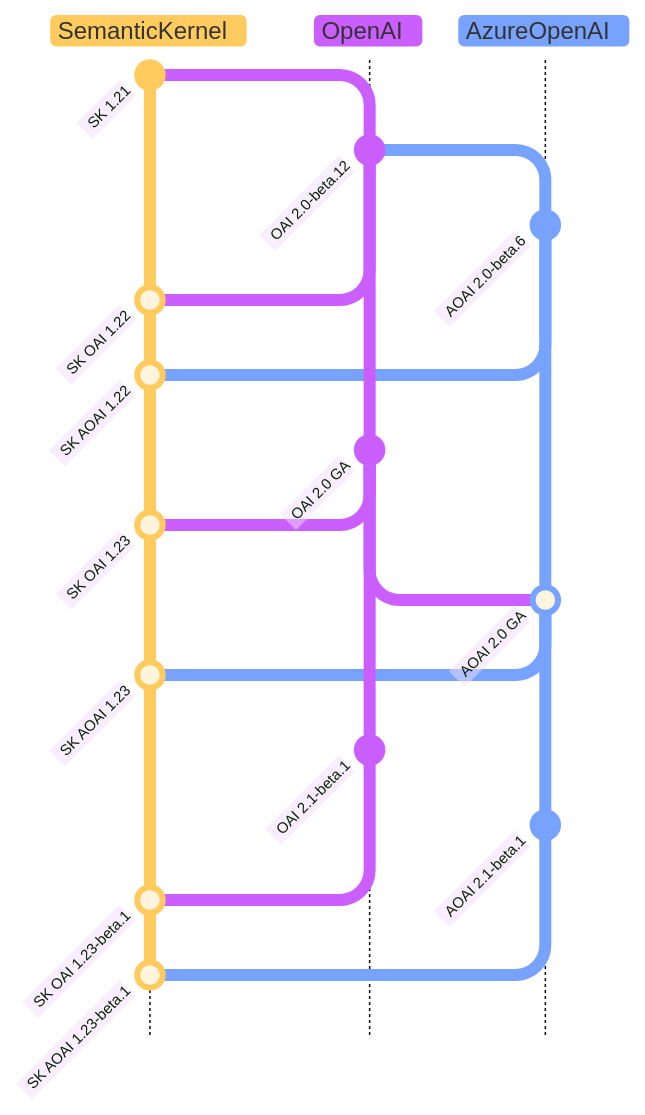
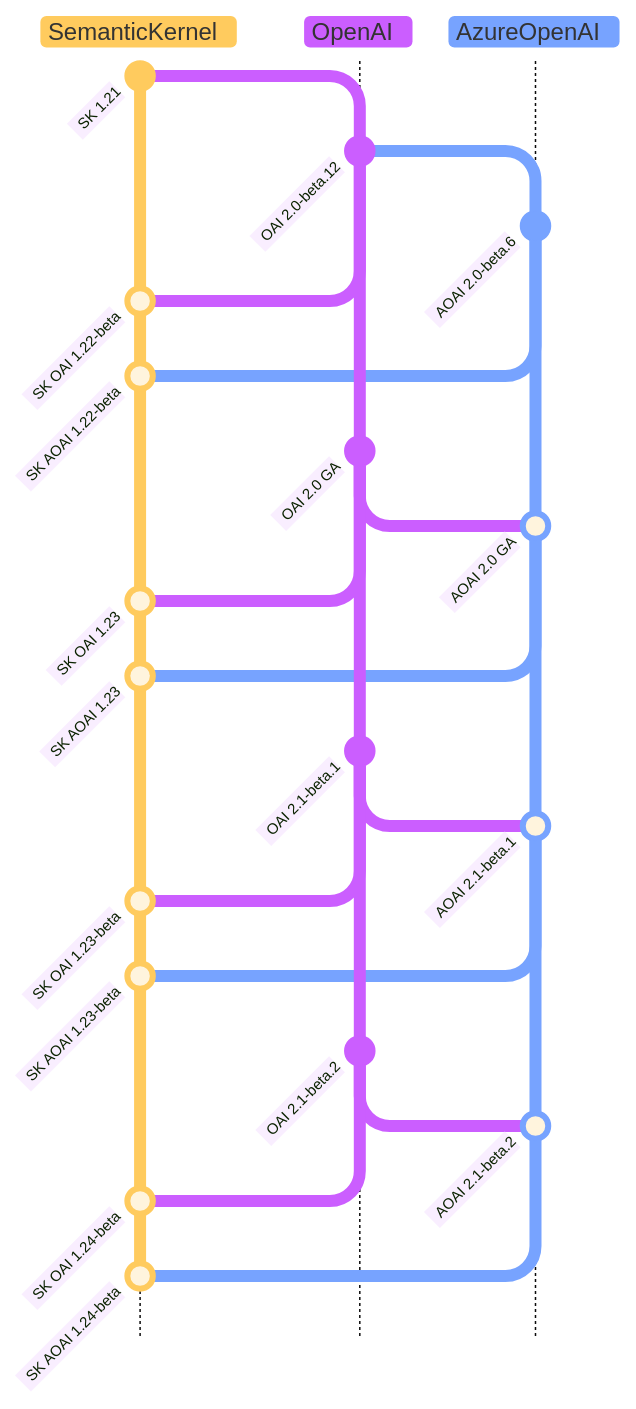
The second of 3 diagrams in docs/decisions/0055-dotnet-azureopenai-stable-version-strategy.md (microsoft/semantic-kernel), drawn with Mermaid before and after one commit. The commit also changed other lines of this file, not shown here.

````diff
--- a/docs/decisions/0055-dotnet-azureopenai-stable-version-strategy.md
+++ b/docs/decisions/0055-dotnet-azureopenai-stable-version-strategy.md
@@ -88,28 +92,35 @@
 ```mermaid
 %%{init: { 'logLevel': 'debug', 'theme': 'base', 'gitGraph': {'showBranches': true, 'showCommitLabel':true,'mainBranchName': 'SemanticKernel'}} }%%
       gitGraph TB:
         checkout SemanticKernel
         commit id:"SK 1.21"
         branch OpenAI
         commit id:"OAI 2.0-beta.12"
         branch AzureOpenAI
         commit id:"AOAI 2.0-beta.6"
         checkout SemanticKernel
-        merge OpenAI id:"SK OAI 1.22"
-        merge AzureOpenAI id:"SK AOAI 1.22"
+        merge OpenAI id:"SK OAI 1.22-beta"
+        merge AzureOpenAI id:"SK AOAI 1.22-beta"
         checkout OpenAI
         commit id:"OAI 2.0 GA"
-        checkout SemanticKernel
-        merge OpenAI id:"SK OAI 1.23"
         checkout AzureOpenAI
         merge OpenAI id:"AOAI 2.0 GA"
         checkout SemanticKernel
+        merge OpenAI id:"SK OAI 1.23"
         merge AzureOpenAI id:"SK AOAI 1.23"
         checkout OpenAI
         commit id:"OAI 2.1-beta.1"
         checkout AzureOpenAI
-        commit id:"AOAI 2.1-beta.1"
+        merge OpenAI id:"AOAI 2.1-beta.1"
         checkout SemanticKernel
-        merge OpenAI id:"SK OAI 1.23-beta.1"
-        merge AzureOpenAI id:"SK AOAI 1.23-beta.1"
+        merge OpenAI id:"SK OAI 1.23-beta"
+        merge AzureOpenAI id:"SK AOAI 1.23-beta"
+        checkout OpenAI
+        commit id:"OAI 2.1-beta.2"
+        checkout AzureOpenAI
+        merge OpenAI id:"AOAI 2.1-beta.2"
+        checkout SemanticKernel
+        merge OpenAI id:"SK OAI 1.24-beta"
+        checkout SemanticKernel
+        merge AzureOpenAI id:"SK AOAI 1.24-beta"
 ```
````
